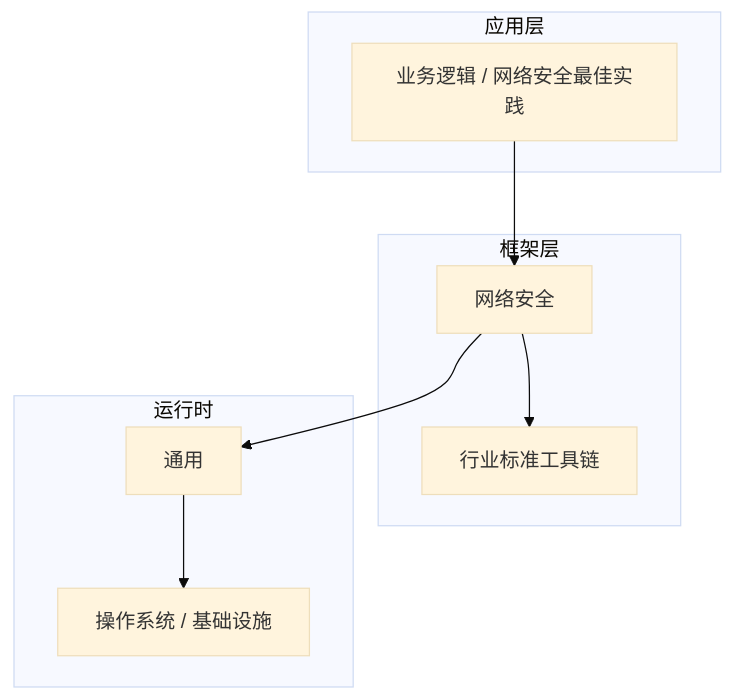
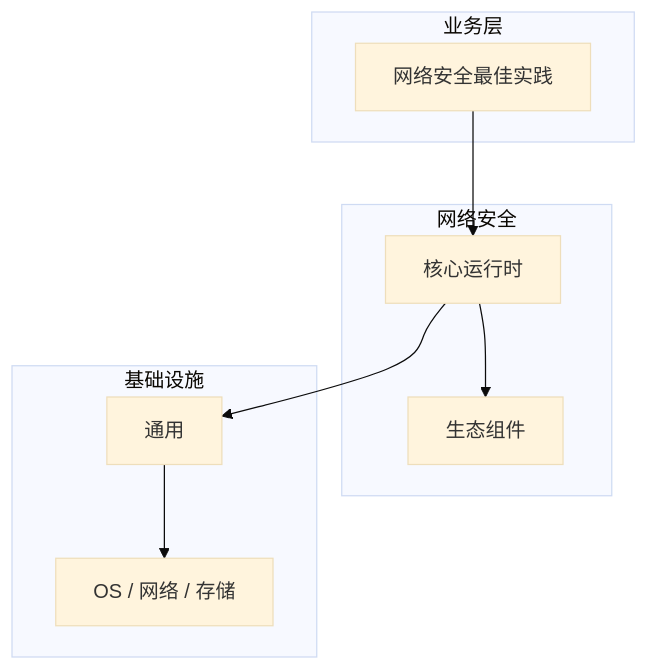
One commit to yanggan2015/knowledge-json-v2 changed the diagram in articles/网络安全/chapters/095-网络安全最佳实践核心概念与原理.md. Above: the diagram before and after it, drawn with Mermaid (base theme). The commit also changed other lines of this file and 10127 other files, not shown here.

````diff
--- a/articles/网络安全/chapters/095-网络安全最佳实践核心概念与原理.md
+++ b/articles/网络安全/chapters/095-网络安全最佳实践核心概念与原理.md
@@ -46,18 +35,18 @@
 ```mermaid
 graph TB
-    subgraph 应用层
-        A[业务逻辑 / 网络安全最佳实践]
+    subgraph 业务层
+        A[网络安全最佳实践]
     end
-    subgraph 框架层
-        B[网络安全]
-        C[行业标准工具链]
+    subgraph 网络安全
+        B[核心运行时]
+        C[生态组件]
     end
-    subgraph 运行时
+    subgraph 基础设施
         D[通用]
-        E[操作系统 / 基础设施]
+        E[OS / 网络 / 存储]
     end
     A --> B
     B --> C
     B --> D
     D --> E
 ```
````
